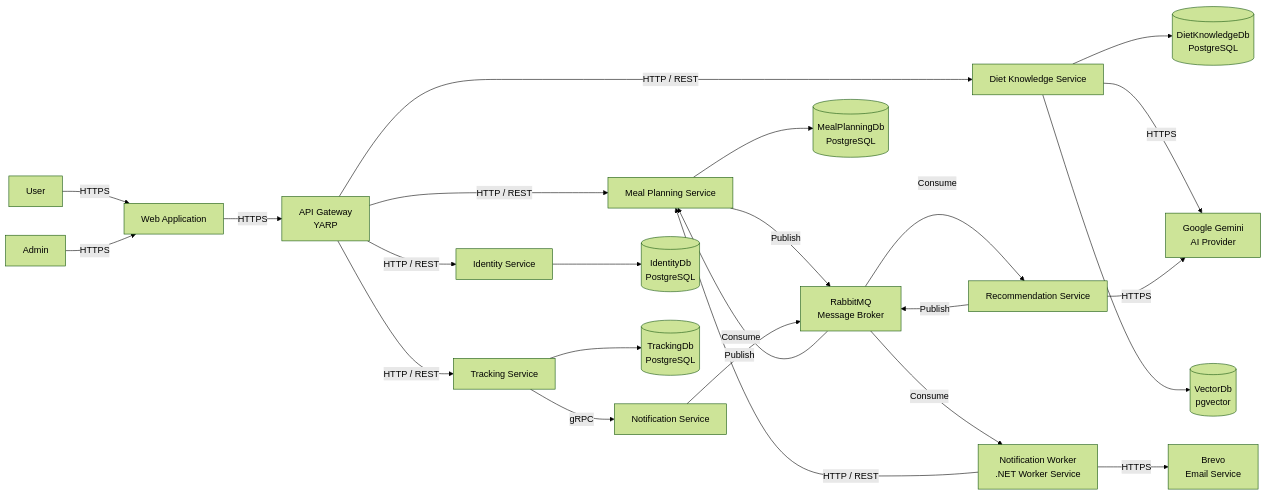
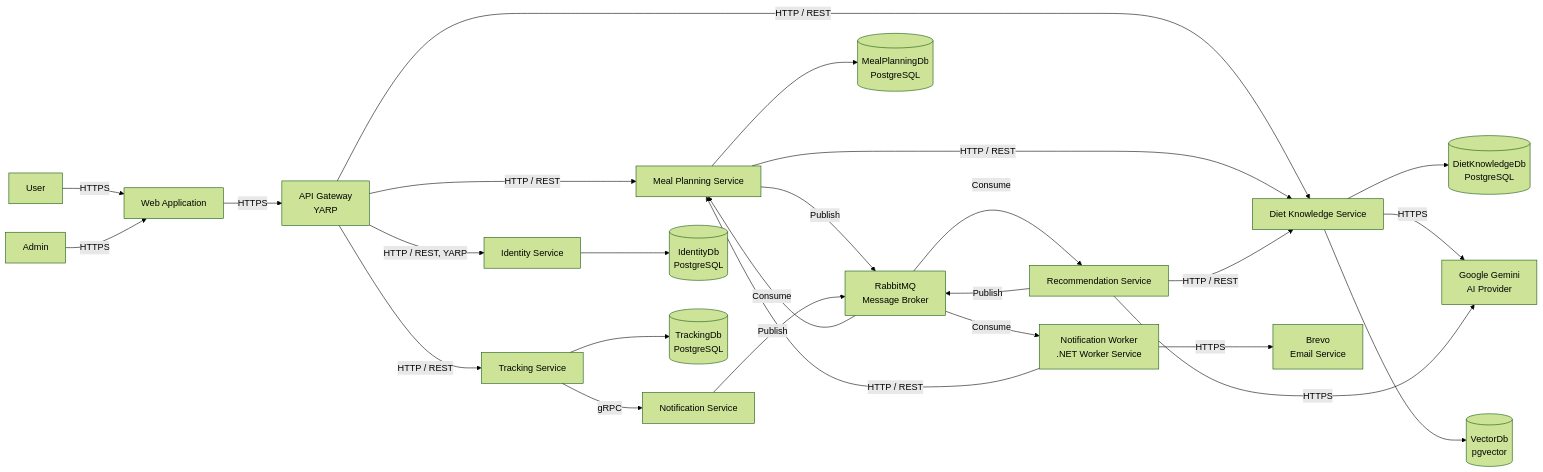
One commit to HAIANH29/PRN232_ASM_PROJECT changed the diagram in docs/c4/C1-Internal-Architecture.md. Above: the diagram before and after it, drawn with Mermaid (forest theme). The commit also changed other lines of this file and 13 other files, not shown here.

First line of the commit message:
Block meal plans and reminders in the past; add system structure doc; sync C4 diagrams

````diff
--- a/docs/c4/C1-Internal-Architecture.md
+++ b/docs/c4/C1-Internal-Architecture.md
@@ -3,52 +3,54 @@
 ```mermaid
 flowchart LR
     User[User]
     Admin[Admin]
     Web[Web Application]
     Gateway[API Gateway\nYARP]
 
     Identity[Identity Service]
     Diet[Diet Knowledge Service]
     Meal[Meal Planning Service]
     Tracking[Tracking Service]
     Recommendation[Recommendation Service]
     Notification[Notification Service]
     Worker[Notification Worker\n.NET Worker Service]
     Rabbit[RabbitMQ\nMessage Broker]
 
     IdentityDb[(IdentityDb\nPostgreSQL)]
     DietDb[(DietKnowledgeDb\nPostgreSQL)]
     MealDb[(MealPlanningDb\nPostgreSQL)]
     TrackingDb[(TrackingDb\nPostgreSQL)]
     VectorDb[(VectorDb\npgvector)]
     Gemini[Google Gemini\nAI Provider]
     Brevo[Brevo\nEmail Service]
 
     User -->|HTTPS| Web
     Admin -->|HTTPS| Web
     Web -->|HTTPS| Gateway
 
-    Gateway -->|HTTP / REST| Identity
+    Gateway -->|HTTP / REST, YARP| Identity
     Gateway -->|HTTP / REST| Diet
     Gateway -->|HTTP / REST| Meal
     Gateway -->|HTTP / REST| Tracking
 
     Identity --> IdentityDb
     Diet --> DietDb
     Diet -->|HTTPS| Gemini
     Diet --> VectorDb
     Meal --> MealDb
     Tracking --> TrackingDb
 
     Meal -->|Publish| Rabbit
     Rabbit -->|Consume| Recommendation
     Recommendation -->|HTTPS| Gemini
     Recommendation -->|Publish| Rabbit
     Rabbit -->|Consume| Meal
+    Meal -->|HTTP / REST| Diet
+    Recommendation -->|HTTP / REST| Diet
 
     Tracking -->|gRPC| Notification
     Notification -->|Publish| Rabbit
     Rabbit -->|Consume| Worker
     Worker -->|HTTPS| Brevo
     Worker -->|HTTP / REST| Meal
 ```
````
